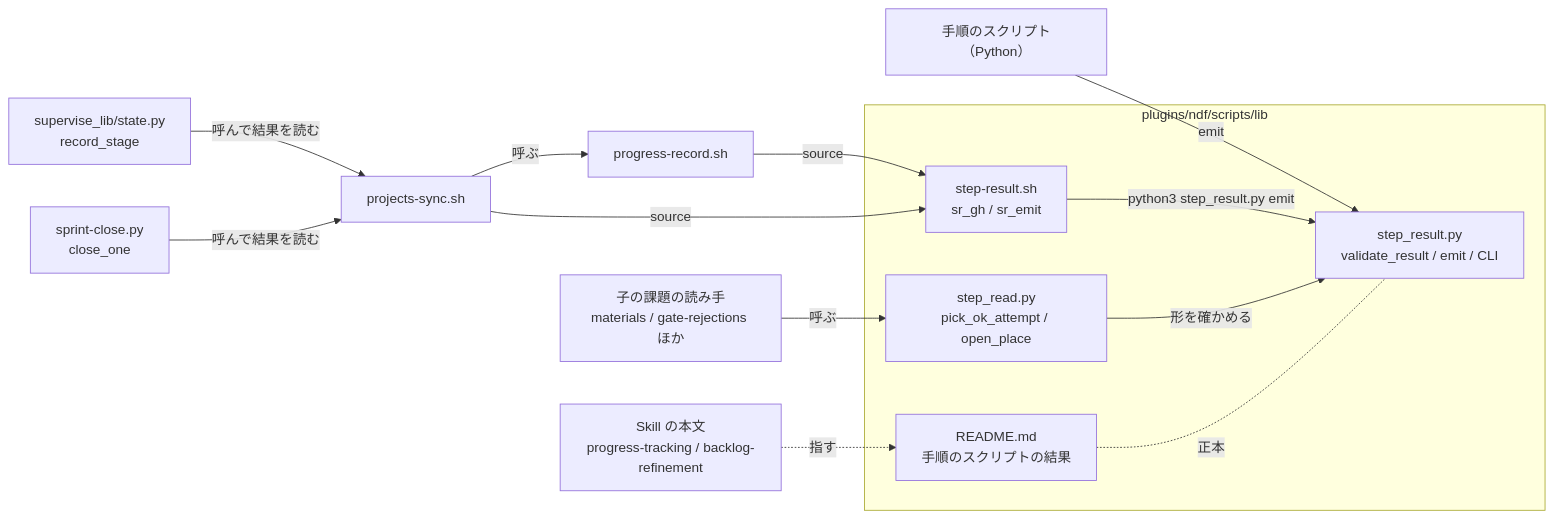
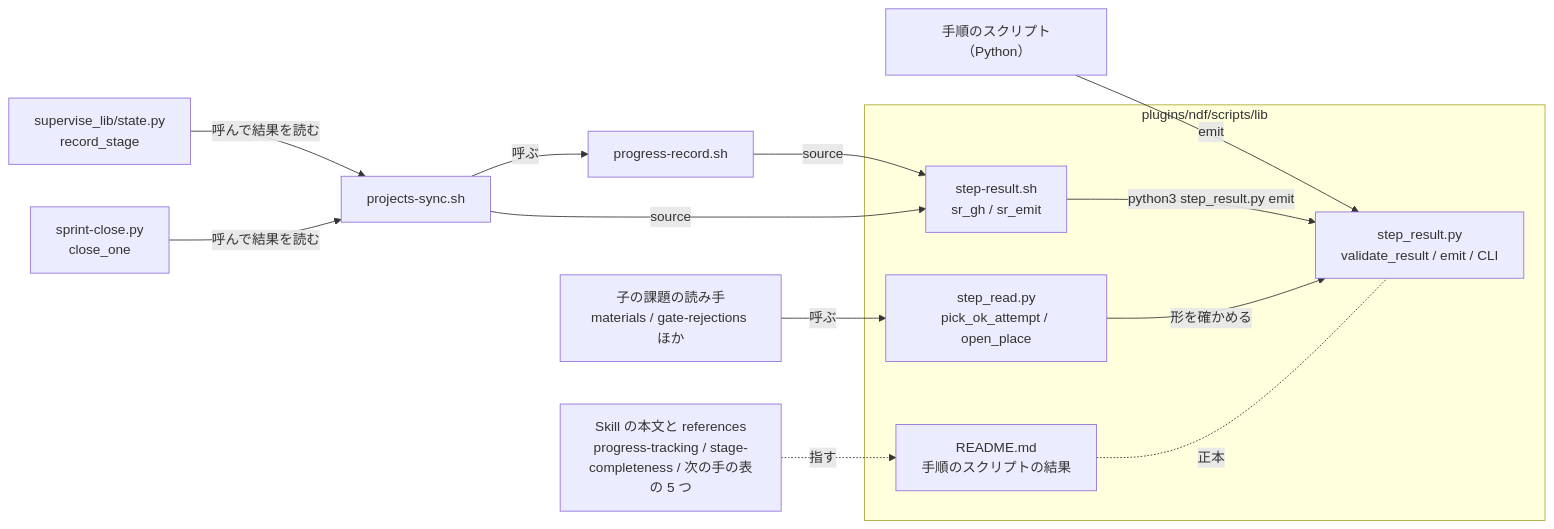
The first of 4 diagrams in issues/issue-2227-design.md (devbasex/ai-plugins), drawn with Mermaid before and after one commit. The commit also changed other lines of this file, not shown here.

````diff
--- a/issues/issue-2227-design.md
+++ b/issues/issue-2227-design.md
@@ -108,20 +110,20 @@
 ```mermaid
 graph LR
   subgraph lib["plugins/ndf/scripts/lib"]
     README["README.md<br>手順のスクリプトの結果"]
     SR["step_result.py<br>validate_result / emit / CLI"]
     RD["step_read.py<br>pick_ok_attempt / open_place"]
     SH["step-result.sh<br>sr_gh / sr_emit"]
   end
   PY["手順のスクリプト（Python）"] -->|emit| SR
   PR["progress-record.sh"] -->|source| SH
   PS["projects-sync.sh"] -->|source| SH
   PS -->|呼ぶ| PR
   SH -->|python3 step_result.py emit| SR
   RS["supervise_lib/state.py<br>record_stage"] -->|呼んで結果を読む| PS
   SC["sprint-close.py<br>close_one"] -->|呼んで結果を読む| PS
   RD -->|形を確かめる| SR
   CH["子の課題の読み手<br>materials / gate-rejections ほか"] -->|呼ぶ| RD
   README -. 正本 .- SR
-  SK["Skill の本文<br>progress-tracking / backlog-refinement"] -. 指す .-> README
+  SK["Skill の本文と references<br>progress-tracking / stage-completeness / 次の手の表の 5 つ"] -. 指す .-> README
 ```
````
